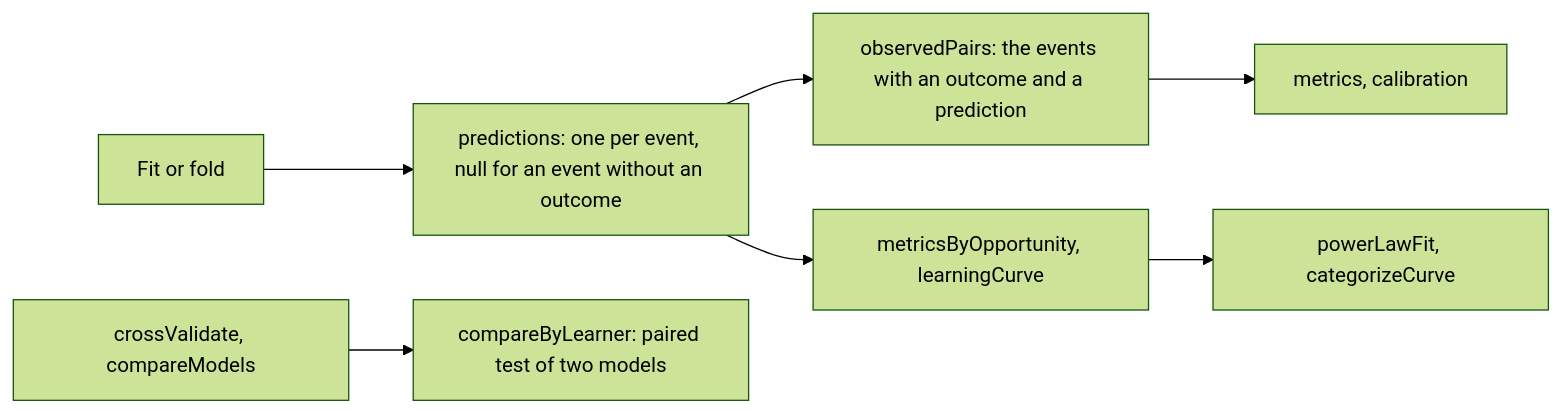
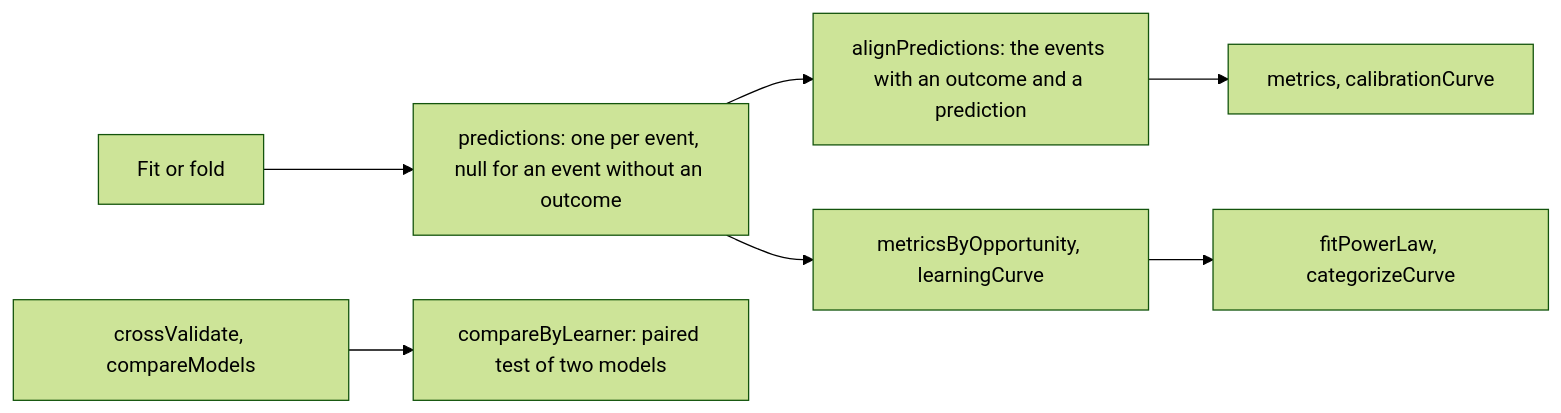
The first of 2 diagrams in docs/knowledge-tracing/evaluate.md (measurekit/measurekit), drawn with Mermaid (forest theme) before and after one commit. The commit also changed other lines of this file and 118 other files, not shown here.

````diff
--- a/docs/knowledge-tracing/evaluate.md
+++ b/docs/knowledge-tracing/evaluate.md
@@ -8,9 +8,9 @@
 ```mermaid
 flowchart LR
   F[Fit or fold] --> P["predictions: one per event, null for an event without an outcome"]
-  P --> O["observedPairs: the events with an outcome and a prediction"]
-  O --> M["metrics, calibration"]
+  P --> O["alignPredictions: the events with an outcome and a prediction"]
+  O --> M["metrics, calibrationCurve"]
   P --> B["metricsByOpportunity, learningCurve"]
-  B --> L["powerLawFit, categorizeCurve"]
+  B --> L["fitPowerLaw, categorizeCurve"]
   C["crossValidate, compareModels"] --> T["compareByLearner: paired test of two models"]
 ```
````
